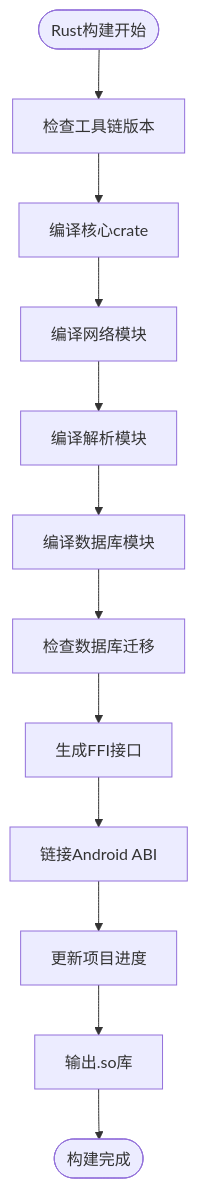
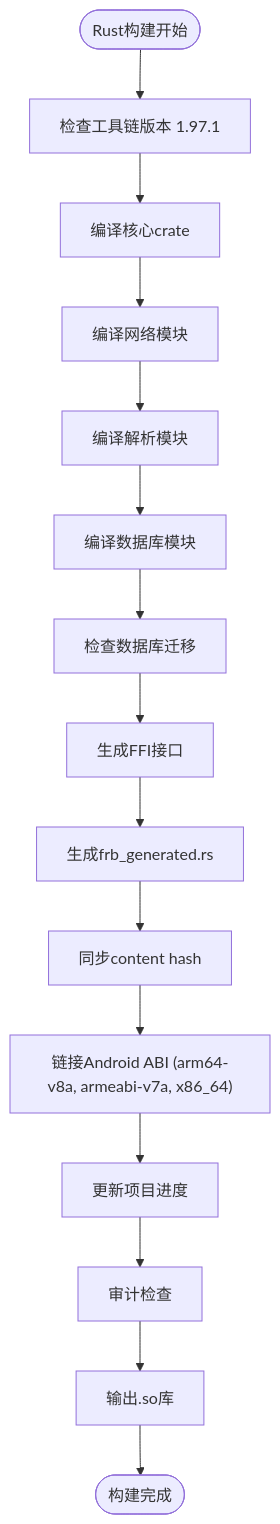
One commit to ZhangGHGitHub/LegadoTeamFlutter changed the fifth of 13 diagrams in .qoder/repowiki/zh/content/开发指南/开发指南.md. Above: the diagram before and after it, drawn with Mermaid. The commit also changed other lines of this file and 173 other files, not shown here.

````diff
--- a/.qoder/repowiki/zh/content/开发指南/开发指南.md
+++ b/.qoder/repowiki/zh/content/开发指南/开发指南.md
@@ -247,14 +330,17 @@
 ```mermaid
 flowchart TD
-Start(["Rust构建开始"]) --> CheckToolchain["检查工具链版本"]
+Start(["Rust构建开始"]) --> CheckToolchain["检查工具链版本 1.97.1"]
 CheckToolchain --> BuildCore["编译核心crate"]
 BuildCore --> BuildNet["编译网络模块"]
 BuildNet --> BuildParser["编译解析模块"]
 BuildParser --> BuildDB["编译数据库模块"]
 BuildDB --> CheckMigration["检查数据库迁移"]
 CheckMigration --> BuildFFI["生成FFI接口"]
-BuildFFI --> LinkAndroid["链接Android ABI"]
+BuildFFI --> GenCode["生成frb_generated.rs"]
+GenCode --> SyncHash["同步content hash"]
+SyncHash --> LinkAndroid["链接Android ABI (arm64-v8a, armeabi-v7a, x86_64)"]
 LinkAndroid --> UpdateProgress["更新项目进度"]
-UpdateProgress --> Output["输出.so库"]
+UpdateProgress --> AuditCheck["审计检查"]
+AuditCheck --> Output["输出.so库"]
 Output --> End(["构建完成"])
 ```
````
